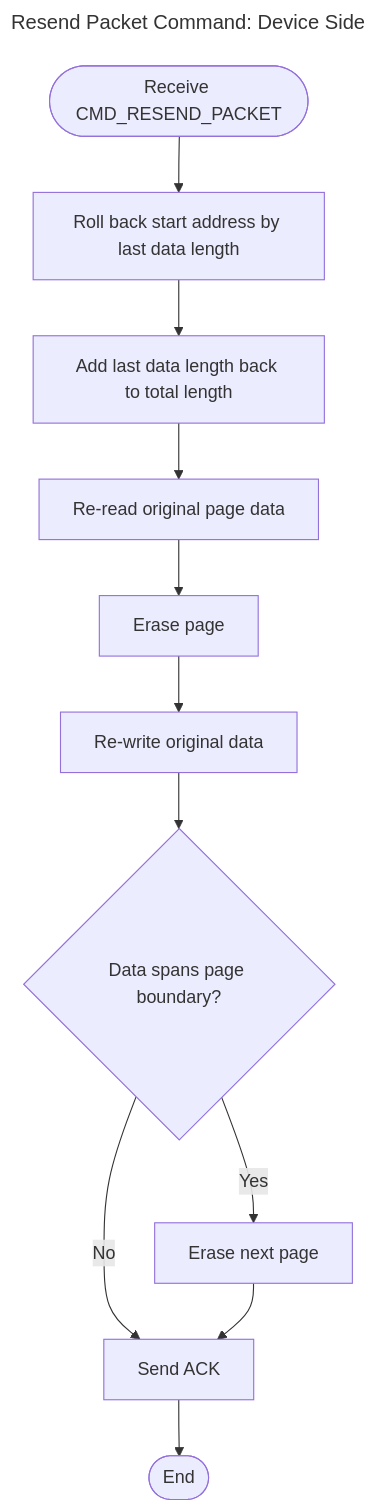
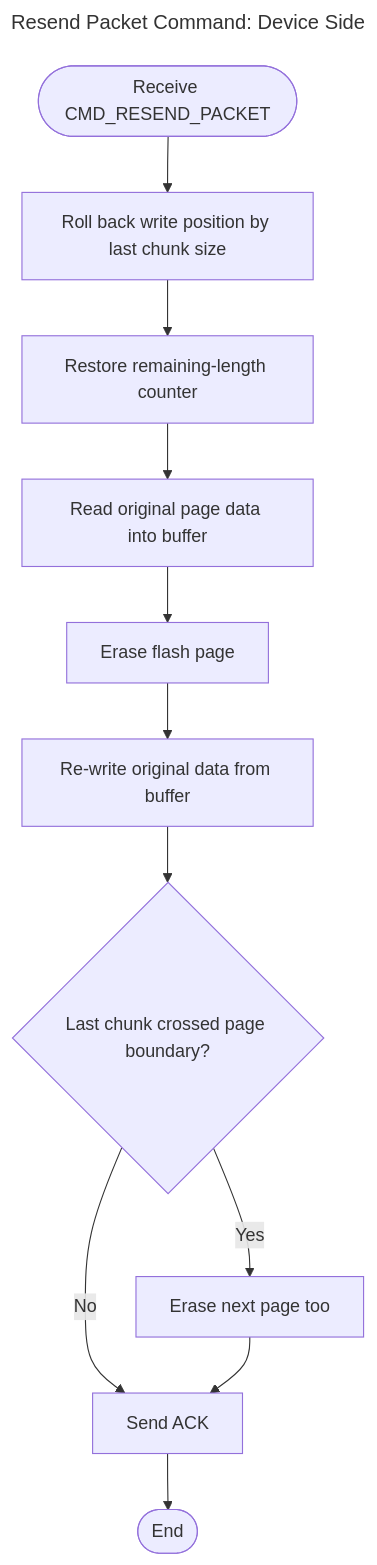
Before and after one commit to ccma1120/ISPTool: the fourth of 6 diagrams in Documents/NuMicro_ISP_Programming_Guide/NuMicro_ISP_Programming_Guide.md, drawn with Mermaid. The commit also changed other lines of this file, not shown here.

````diff
--- a/Documents/NuMicro_ISP_Programming_Guide/NuMicro_ISP_Programming_Guide.md
+++ b/Documents/NuMicro_ISP_Programming_Guide/NuMicro_ISP_Programming_Guide.md
@@ -575,16 +574,16 @@
 ```mermaid
 ---
 title: "Resend Packet Command: Device Side"
 ---
 flowchart TD
-    A([Receive CMD_RESEND_PACKET]) --> B["Roll back start address by last data length"]
-    B --> C["Add last data length back to total length"]
-    C --> D["Re-read original page data"]
-    D --> E["Erase page"]
-    E --> F["Re-write original data"]
-    F --> G{"Data spans page boundary?"}
-    G -- Yes --> H["Erase next page"]
+    A([Receive CMD_RESEND_PACKET]) --> B["Roll back write position by last chunk size"]
+    B --> C["Restore remaining-length counter"]
+    C --> D["Read original page data into buffer"]
+    D --> E["Erase flash page"]
+    E --> F["Re-write original data from buffer"]
+    F --> G{"Last chunk crossed page boundary?"}
+    G -- Yes --> H["Erase next page too"]
     G -- No --> I["Send ACK"]
     H --> I
     I --> J([End])
 ```
````
